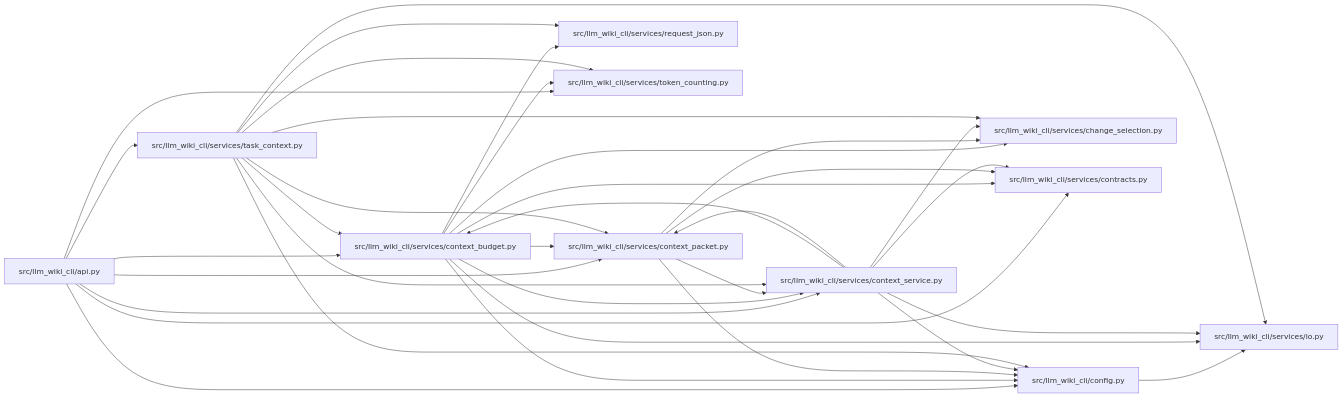
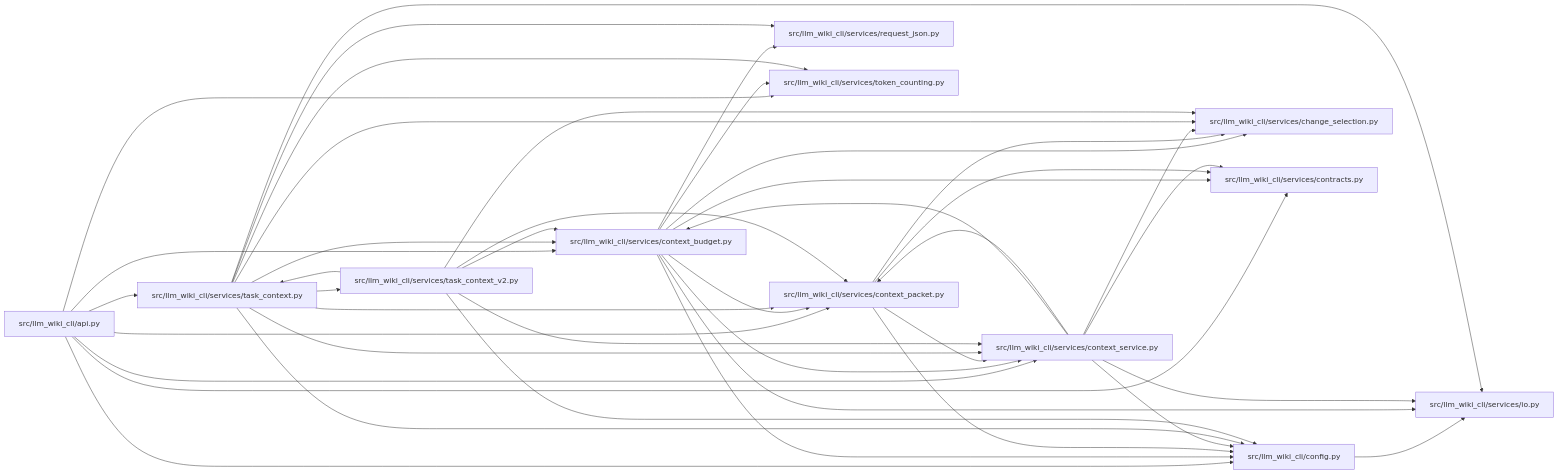
Before and after one commit to Denissvgn/python-wiki-llm: the diagram in docs/llm_wiki/modules/context_budget.md, drawn with Mermaid. The commit also changed other lines of this file and 6245 other files, not shown here.

````diff
--- a/docs/llm_wiki/modules/context_budget.md
+++ b/docs/llm_wiki/modules/context_budget.md
@@ -40,59 +40,68 @@
 ```mermaid
 flowchart LR
     n0["src/llm_wiki_cli/api.py"]
     n1["src/llm_wiki_cli/config.py"]
     n2["src/llm_wiki_cli/services/change_selection.py"]
     n3["src/llm_wiki_cli/services/context_budget.py"]
     n4["src/llm_wiki_cli/services/context_packet.py"]
     n5["src/llm_wiki_cli/services/context_service.py"]
     n6["src/llm_wiki_cli/services/contracts.py"]
     n7["src/llm_wiki_cli/services/io.py"]
     n8["src/llm_wiki_cli/services/request_json.py"]
     n9["src/llm_wiki_cli/services/task_context.py"]
-    n10["src/llm_wiki_cli/services/token_counting.py"]
+    n10["src/llm_wiki_cli/services/task_context_v2.py"]
+    n11["src/llm_wiki_cli/services/token_counting.py"]
     n0 --> n1
     n0 --> n3
     n0 --> n4
     n0 --> n5
     n0 --> n6
     n0 --> n9
-    n0 --> n10
+    n0 --> n11
     n1 --> n7
     n3 --> n1
     n3 --> n2
     n3 --> n4
     n3 --> n5
     n3 --> n6
     n3 --> n7
     n3 --> n8
-    n3 --> n10
+    n3 --> n11
     n4 --> n1
     n4 --> n2
     n4 --> n5
     n4 --> n6
     n5 --> n1
     n5 --> n2
     n5 --> n3
     n5 --> n4
     n5 --> n6
     n5 --> n7
     n9 --> n1
     n9 --> n2
     n9 --> n3
     n9 --> n4
     n9 --> n5
     n9 --> n7
     n9 --> n8
     n9 --> n10
+    n9 --> n11
+    n10 --> n1
+    n10 --> n2
+    n10 --> n3
+    n10 --> n4
+    n10 --> n5
+    n10 --> n9
     click n0 "../modules/api.md"
     click n1 "../modules/config.md"
     click n2 "../modules/change_selection.md"
     click n3 "../modules/context_budget.md"
     click n4 "../modules/context_packet.md"
     click n5 "../modules/context_service.md"
     click n6 "../modules/services_contracts.md"
     click n7 "../modules/io.md"
     click n8 "../modules/request_json.md"
     click n9 "../modules/task_context.md"
-    click n10 "../modules/token_counting.md"
+    click n10 "../modules/task_context_v2.md"
+    click n11 "../modules/token_counting.md"
 ```
````
